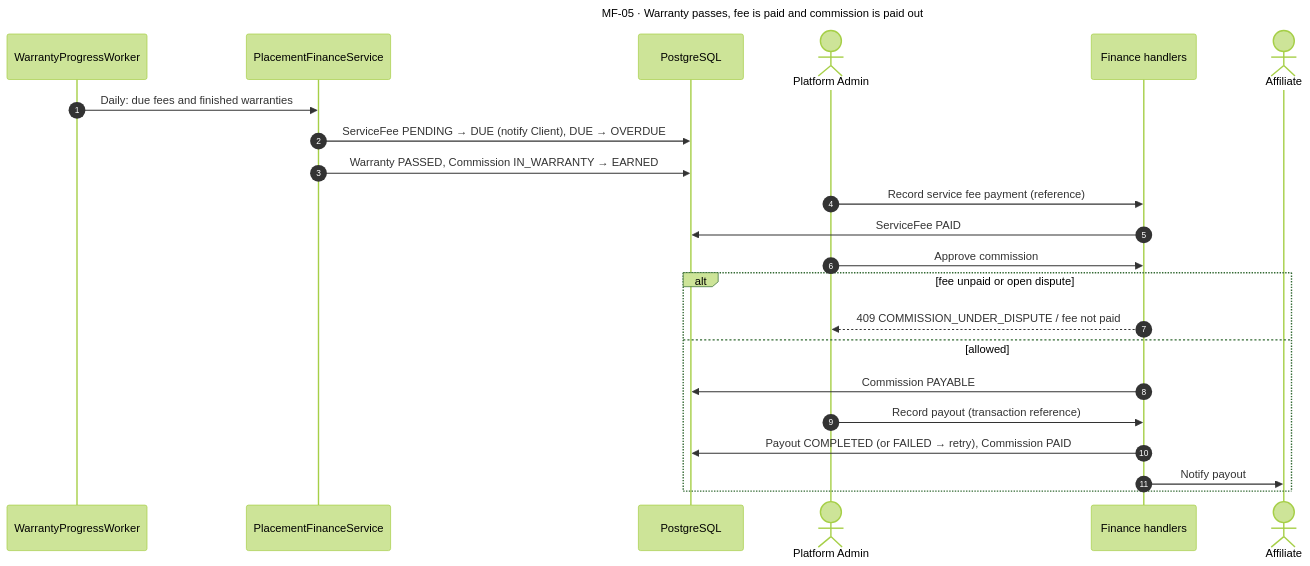
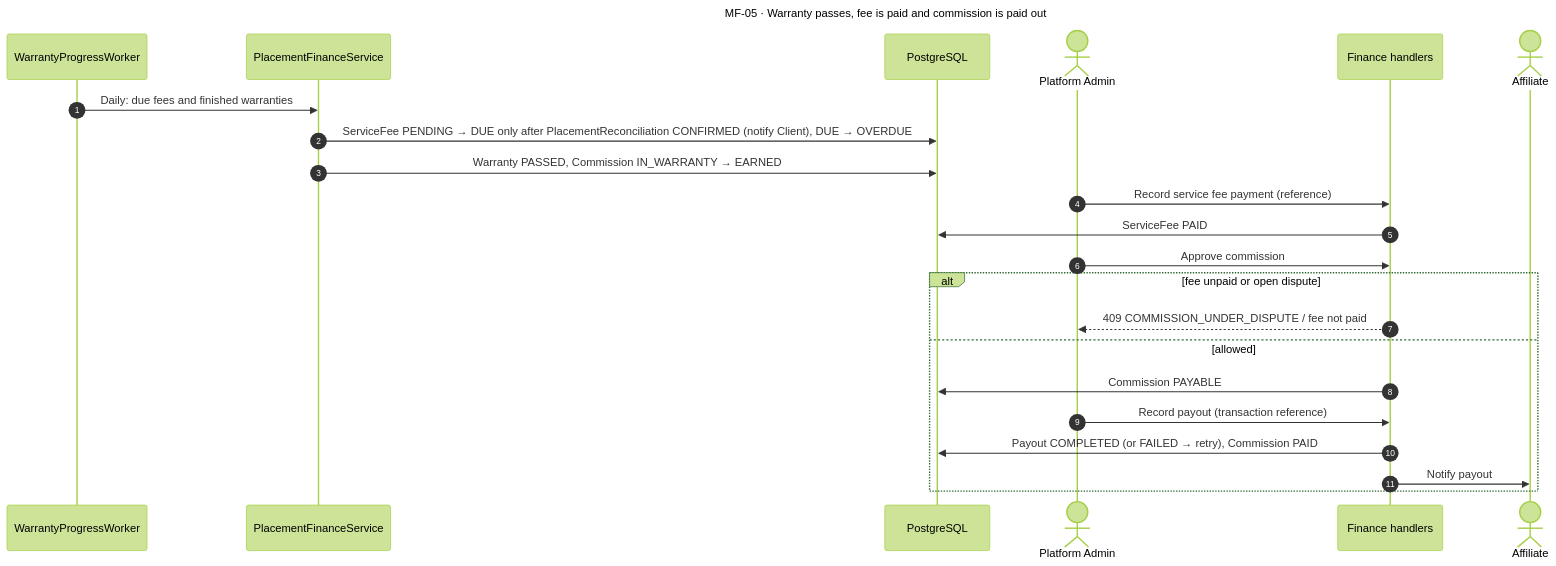
Before and after one commit to hoangqui794/hr-connect: the diagram in docs/diagrams/sequences/source/seq-mf05-warranty-fee-commission.mmd, drawn with Mermaid (forest theme). The commit also changed 20 other files, not shown here.

First line of the commit message:
docs(diagrams): add placement reconciliation to MF-04/MF-05 diagrams and Report 4

```diff
--- a/docs/diagrams/sequences/source/seq-mf05-warranty-fee-commission.mmd
+++ b/docs/diagrams/sequences/source/seq-mf05-warranty-fee-commission.mmd
@@ -1,25 +1,25 @@
 ---
 title: MF-05 · Warranty passes, fee is paid and commission is paid out
 ---
 sequenceDiagram
   autonumber
   participant W as WarrantyProgressWorker
   participant F as PlacementFinanceService
   participant DB as PostgreSQL
   actor AD as Platform Admin
   participant H as Finance handlers
   actor AF as Affiliate
   W->>F: Daily: due fees and finished warranties
-  F->>DB: ServiceFee PENDING → DUE (notify Client), DUE → OVERDUE
+  F->>DB: ServiceFee PENDING → DUE only after PlacementReconciliation CONFIRMED (notify Client), DUE → OVERDUE
   F->>DB: Warranty PASSED, Commission IN_WARRANTY → EARNED
   AD->>H: Record service fee payment (reference)
   H->>DB: ServiceFee PAID
   AD->>H: Approve commission
   alt fee unpaid or open dispute
   H-->>AD: 409 COMMISSION_UNDER_DISPUTE / fee not paid
   else allowed
   H->>DB: Commission PAYABLE
   AD->>H: Record payout (transaction reference)
   H->>DB: Payout COMPLETED (or FAILED → retry), Commission PAID
   H->>AF: Notify payout
   end
```
